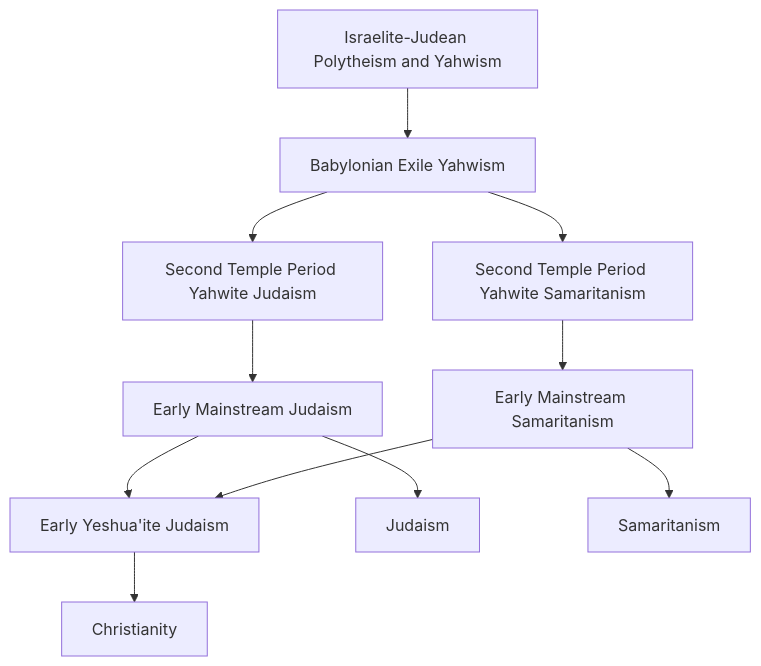
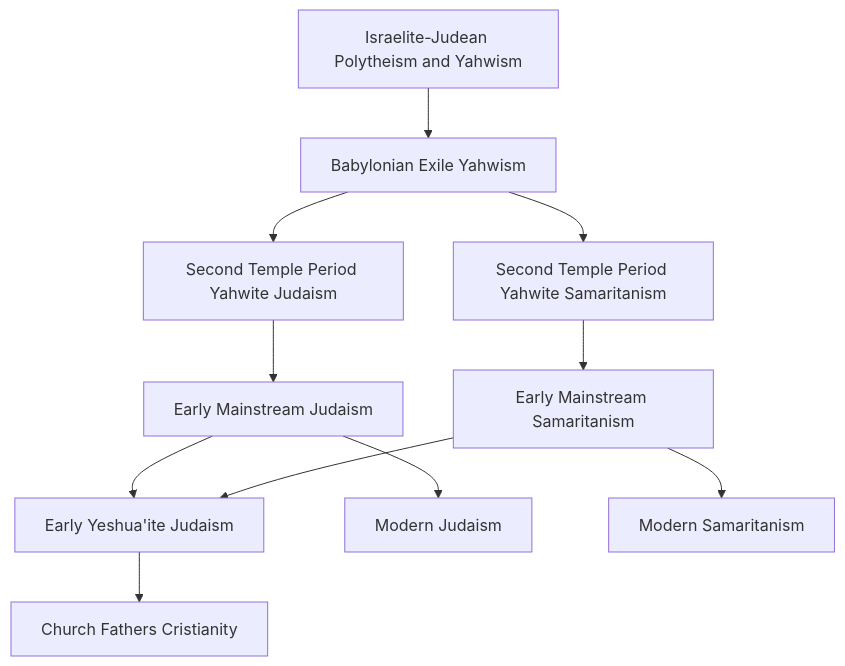
The diagram in emergence_of_judaism_and_samaritanism.mermaid (bendqh1/mermaid), drawn with Mermaid before and after one commit. The commit also changed other lines of this file, not shown here.

```diff
--- a/emergence_of_judaism_and_samaritanism.mermaid
+++ b/emergence_of_judaism_and_samaritanism.mermaid
@@ -1,15 +1,15 @@
 flowchart TD
     A1[Israelite-Judean Polytheism and Yahwism]
     A1 --> A2[Babylonian Exile Yahwism]
     A2 --> A3[Second Temple Period Yahwite Judaism] 
     A2 --> A4[Second Temple Period Yahwite Samaritanism]
 
     A3 --> B1[Early Mainstream Judaism]
     A4 --> B2[Early Mainstream Samaritanism]
     
     B1 & B2 --> XX1[Early Yeshua'ite Judaism]
 
-    B1 --> C1[Judaism]
-    B2 --> C2[Samaritanism]
+    B1 --> C1[Modern Judaism]
+    B2 --> C2[Modern Samaritanism]
 
-    XX1 --> C3[Christianity]
+    XX1 --> C3[Church Fathers Cristianity]
```
